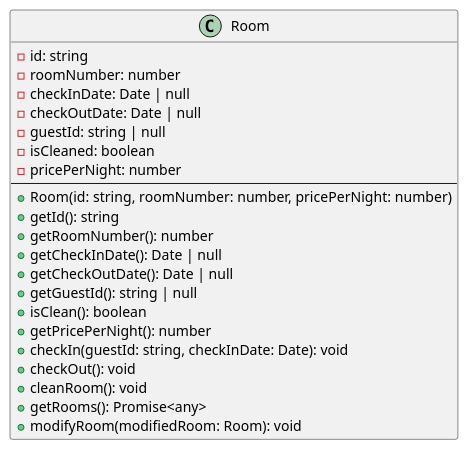
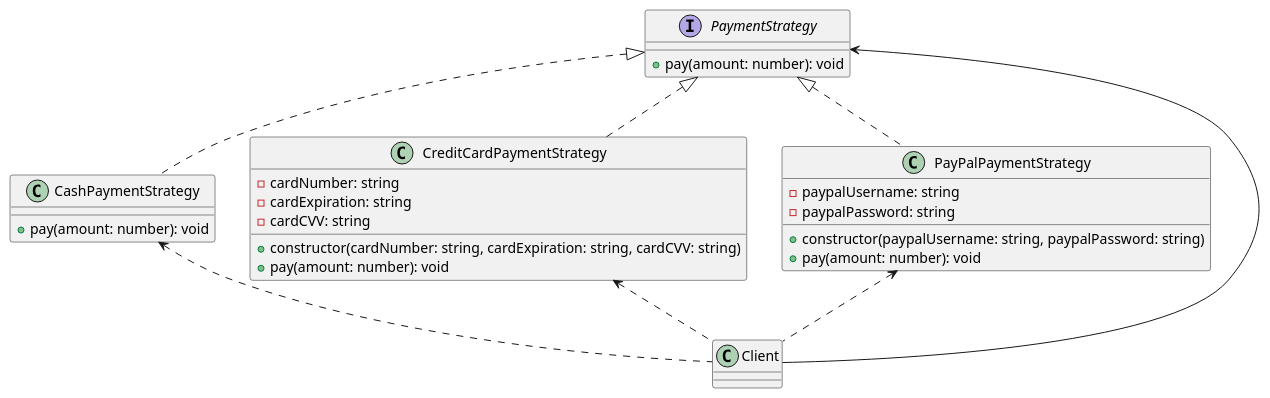
Before and after one commit to indian0ch/HotelInformalSystem: the diagram in public/new.plantuml, drawn with PlantUML. The commit also changed other lines of this file and 1143 other files, not shown here.

```diff
--- a/public/new.plantuml
+++ b/public/new.plantuml
@@ -1,27 +1,37 @@
 @startuml
 
-class Room {
-  - id: string
-  - roomNumber: number
-  - checkInDate: Date | null
-  - checkOutDate: Date | null
-  - guestId: string | null
-  - isCleaned: boolean
-  - pricePerNight: number
-  --
-  + Room(id: string, roomNumber: number, pricePerNight: number)
-  + getId(): string
-  + getRoomNumber(): number
-  + getCheckInDate(): Date | null
-  + getCheckOutDate(): Date | null
-  + getGuestId(): string | null
-  + isClean(): boolean
-  + getPricePerNight(): number
-  + checkIn(guestId: string, checkInDate: Date): void
-  + checkOut(): void
-  + cleanRoom(): void
-  + getRooms(): Promise<any>
-  + modifyRoom(modifiedRoom: Room): void
+interface PaymentStrategy {
+  + pay(amount: number): void
 }
 
+class CashPaymentStrategy {
+  + pay(amount: number): void
+}
+
+class CreditCardPaymentStrategy {
+  - cardNumber: string
+  - cardExpiration: string
+  - cardCVV: string
+  + constructor(cardNumber: string, cardExpiration: string, cardCVV: string)
+  + pay(amount: number): void
+}
+
+class PayPalPaymentStrategy {
+  - paypalUsername: string
+  - paypalPassword: string
+  + constructor(paypalUsername: string, paypalPassword: string)
+  + pay(amount: number): void
+}
+class Client{
+
+}
+
+PaymentStrategy <-- Client
+CashPaymentStrategy <.. Client
+CreditCardPaymentStrategy <.. Client
+PayPalPaymentStrategy <.. Client
+PaymentStrategy <|.. CashPaymentStrategy
+PaymentStrategy <|.. CreditCardPaymentStrategy
+PaymentStrategy <|.. PayPalPaymentStrategy
+
 @enduml
```
